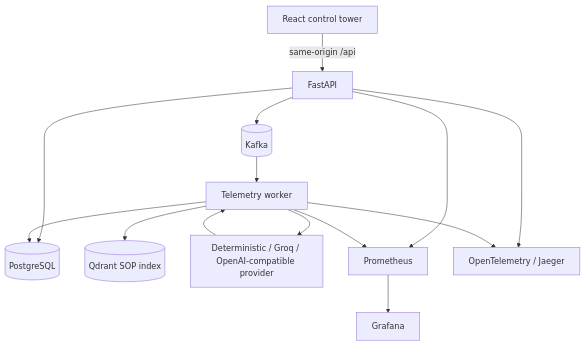
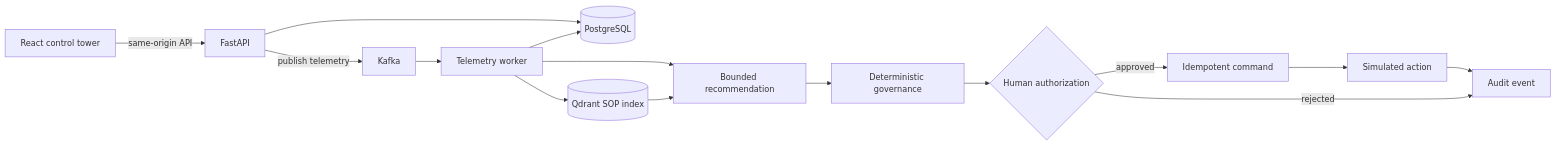
Before and after one commit to sa-rehman1/coldchain-sentinel: the diagram in README.md, drawn with Mermaid. The commit also changed other lines of this file and 20 other files, not shown here.

````diff
--- a/README.md
+++ b/README.md
@@ -54,14 +65,17 @@
 ```mermaid
-flowchart TB
-    UI[React control tower] -->|same-origin /api| API[FastAPI]
-    API --> PG[(PostgreSQL)]
-    API --> K[(Kafka)]
+flowchart LR
+    UI[React control tower] -->|same-origin API| API[FastAPI]
+    API -->|publish telemetry| K[Kafka]
     K --> W[Telemetry worker]
-    W --> PG
+    W --> DB[(PostgreSQL)]
     W --> Q[(Qdrant SOP index)]
-    W --> L[Deterministic / Groq / OpenAI-compatible provider]
-    L --> W
-    API & W --> P[Prometheus]
-    API & W --> J[OpenTelemetry / Jaeger]
-    P --> G[Grafana]
+    Q --> R[Bounded recommendation]
+    W --> R
+    R --> G[Deterministic governance]
+    G --> H{Human authorization}
+    H -->|approved| C[Idempotent command]
+    H -->|rejected| A[Audit event]
+    C --> S[Simulated action]
+    S --> A
+    API --> DB
 ```
````
